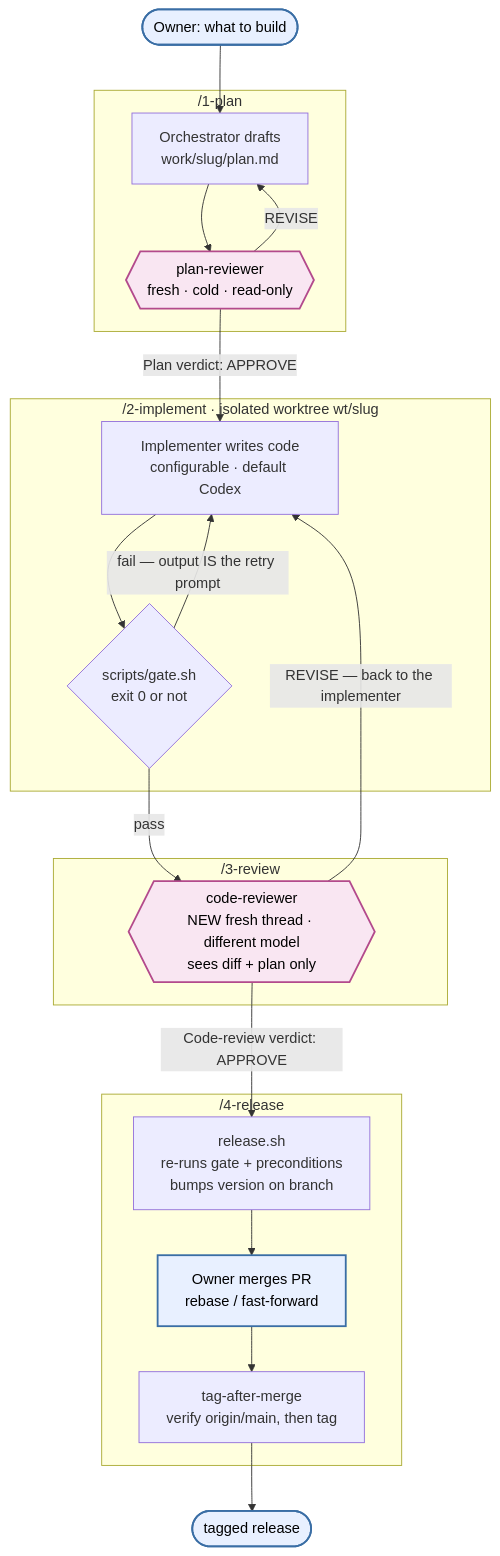
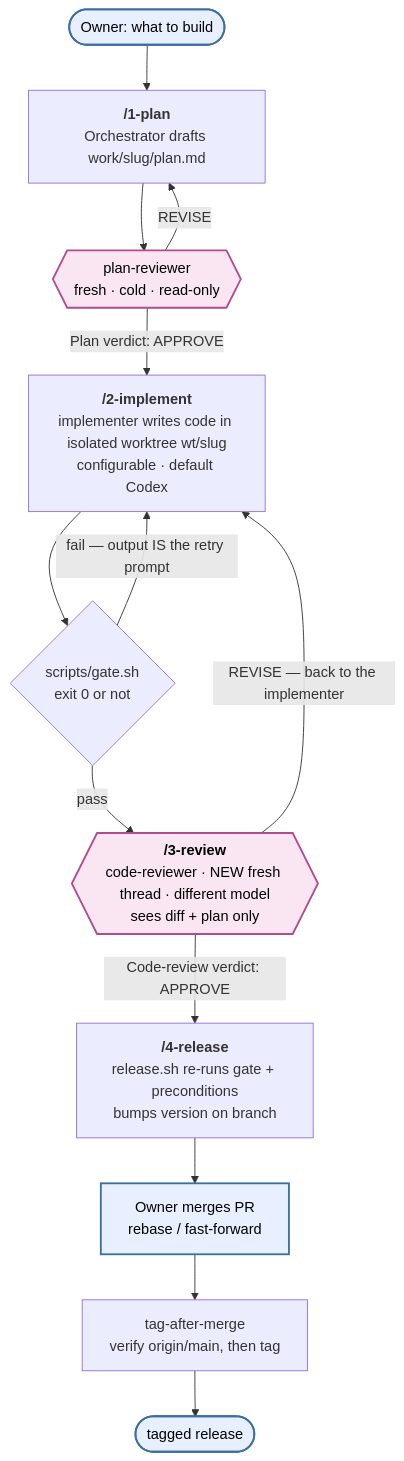
One commit to ChristopherHoward1/agentic-coding changed the first of 2 diagrams in README.md. Above: the diagram before and after it, drawn with Mermaid. The commit also changed other lines of this file, not shown here.

Commit message:
Fix Mermaid subgraph arrow bleed: inline stage labels, drop subgraph boxes

````diff
--- a/README.md
+++ b/README.md
@@ -19,31 +19,23 @@
 ```mermaid
 flowchart TD
     Owner([Owner: what to build]):::human --> Draft
 
-    subgraph P1["/1-plan"]
-        Draft["Orchestrator drafts<br/>work/slug/plan.md"] --> PRev{{plan-reviewer<br/>fresh · cold · read-only}}:::grill
-        PRev -- "REVISE" --> Draft
-    end
+    Draft["<b>/1-plan</b><br/>Orchestrator drafts work/slug/plan.md"] --> PRev{{"plan-reviewer<br/>fresh · cold · read-only"}}:::grill
+    PRev -- "REVISE" --> Draft
     PRev -- "Plan verdict: APPROVE" --> Impl
 
-    subgraph P2["/2-implement · isolated worktree wt/slug"]
-        Impl[Implementer writes code<br/>configurable · default Codex] --> Gate{"scripts/gate.sh<br/>exit 0 or not"}
-        Gate -- "fail — output IS the retry prompt" --> Impl
-    end
+    Impl["<b>/2-implement</b><br/>implementer writes code in isolated worktree wt/slug<br/>configurable · default Codex"] --> Gate{"scripts/gate.sh<br/>exit 0 or not"}
+    Gate -- "fail — output IS the retry prompt" --> Impl
     Gate -- "pass" --> CRev
 
-    subgraph P3["/3-review"]
-        CRev{{code-reviewer<br/>NEW fresh thread · different model<br/>sees diff + plan only}}:::grill
-        CRev -- "REVISE — back to the implementer" --> Impl
-    end
+    CRev{{"<b>/3-review</b><br/>code-reviewer · NEW fresh thread · different model<br/>sees diff + plan only"}}:::grill
+    CRev -- "REVISE — back to the implementer" --> Impl
     CRev -- "Code-review verdict: APPROVE" --> Rel
 
-    subgraph P4["/4-release"]
-        Rel[release.sh<br/>re-runs gate + preconditions<br/>bumps version on branch] --> Merge["Owner merges PR<br/>rebase / fast-forward"]:::human
-        Merge --> Tag[tag-after-merge<br/>verify origin/main, then tag]
-    end
+    Rel["<b>/4-release</b><br/>release.sh re-runs gate + preconditions<br/>bumps version on branch"] --> Merge["Owner merges PR<br/>rebase / fast-forward"]:::human
+    Merge --> Tag["tag-after-merge<br/>verify origin/main, then tag"]
     Tag --> Done([tagged release]):::human
 
     classDef grill fill:#f9e6f2,stroke:#b34a8c,stroke-width:2px,color:#000;
     classDef human fill:#e8f0ff,stroke:#3a6ea5,stroke-width:2px,color:#000;
 ```
````
